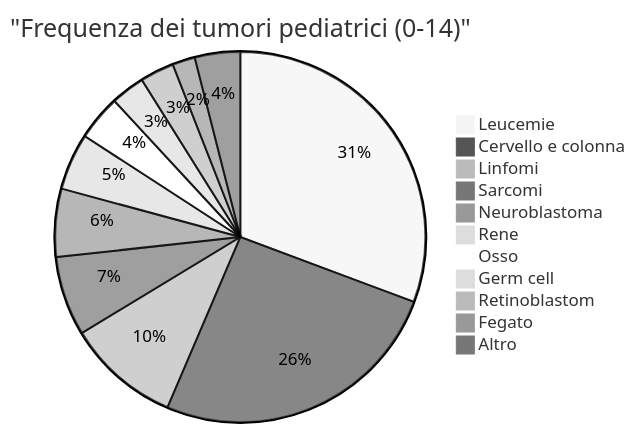
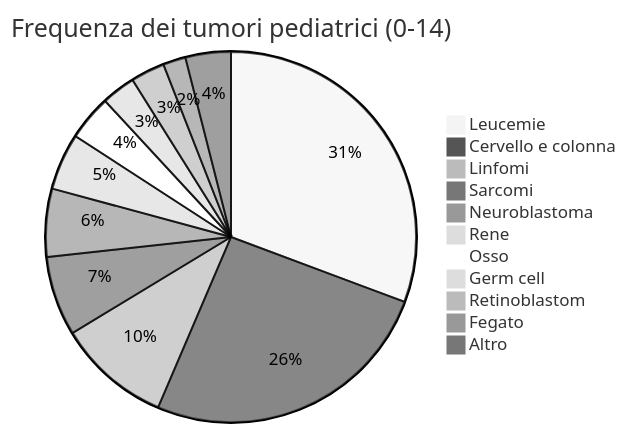
One commit to evicinelli/Med-Notes changed the first of 2 diagrams in Med5/pedia/01-ped-gen.md. Above: the diagram before and after it, drawn with Mermaid (neutral theme). The commit also changed other lines of this file and 4 other files, not shown here.

````diff
--- a/Med5/pedia/01-ped-gen.md
+++ b/Med5/pedia/01-ped-gen.md
@@ -758,14 +1098,14 @@
 ```{mermaid}
-pie title "Frequenza dei tumori pediatrici (0-14)"
+pie title Frequenza dei tumori pediatrici (0-14)
     "Leucemie": 31
     "Cervello e colonna": 26
     "Linfomi": 10
     "Sarcomi": 7
     "Neuroblastoma": 6
     "Rene": 5
     "Osso": 4
     "Germ cell": 3
     "Retinoblastom": 3
     "Fegato": 2
     "Altro": 4
 ```
````
